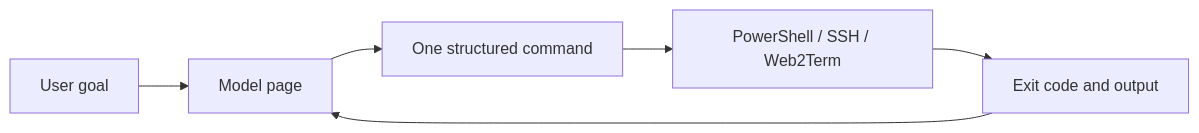
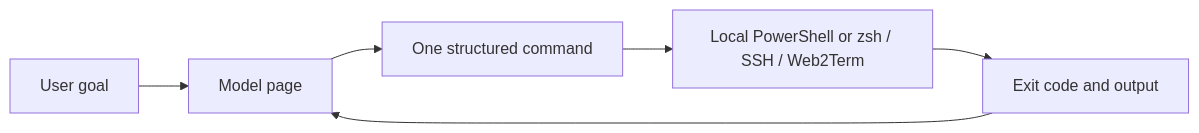
The third of 4 diagrams in README.md (naledao/gpt-web-to-codex-terminal), drawn with Mermaid before and after one commit. The commit also changed other lines of this file and 5 other files, not shown here.

````diff
--- a/README.md
+++ b/README.md
@@ -158,8 +221,8 @@
 ```mermaid
 flowchart LR
   U[User goal] --> C[Model page]
   C --> J[One structured command]
-  J --> E[PowerShell / SSH / Web2Term]
+  J --> E[Local PowerShell or zsh / SSH / Web2Term]
   E --> O[Exit code and output]
   O --> C
 ```
````
